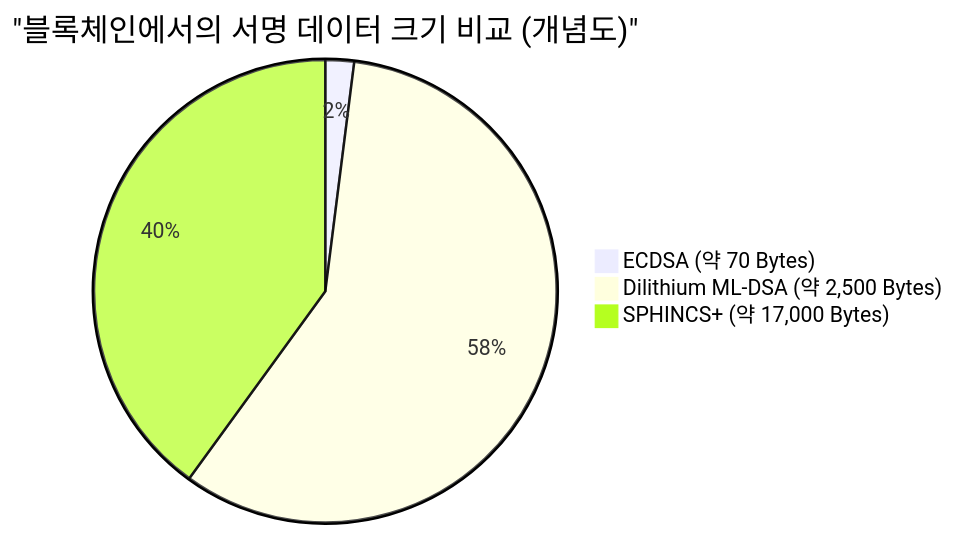
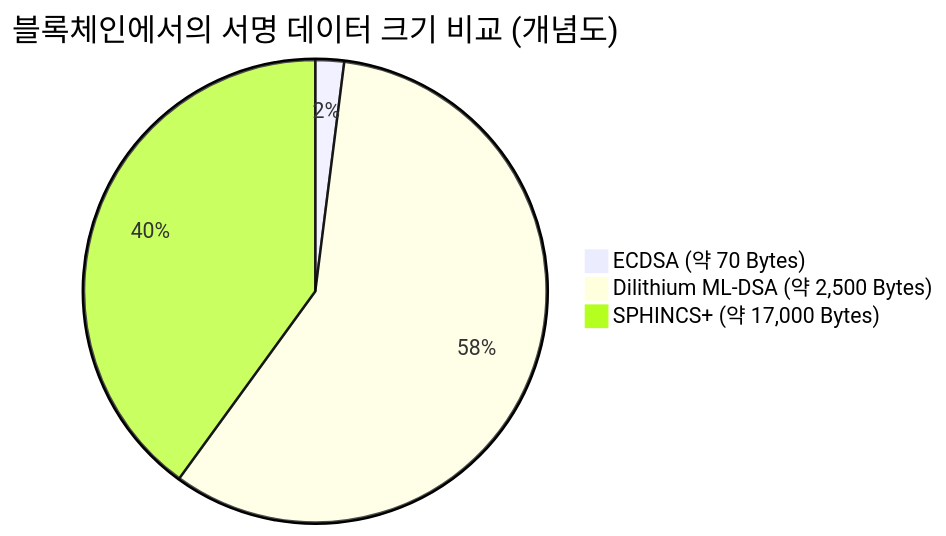
One commit to kenjinote/blog changed the third of 3 diagrams in content/post/ポスト量子時代のブロックチェーン/index.ko.md. Above: the diagram before and after it, drawn with Mermaid. The commit also changed other lines of this file and 703 other files, not shown here.

Commit message:
Fix: Remove quotes from Mermaid link texts and timeline definitions to support Mermaid 11.4.1

````diff
--- a/content/post/ポスト量子時代のブロックチェーン/index.ko.md
+++ b/content/post/ポスト量子時代のブロックチェーン/index.ko.md
@@ -277,6 +277,6 @@
 ```mermaid
-pie title "블록체인에서의 서명 데이터 크기 비교 (개념도)"
+pie title 블록체인에서의 서명 데이터 크기 비교 (개념도)
     "ECDSA (약 70 Bytes)" : 2
     "Dilithium ML-DSA (약 2,500 Bytes)" : 58
     "SPHINCS+ (약 17,000 Bytes)" : 40
 ```
````
